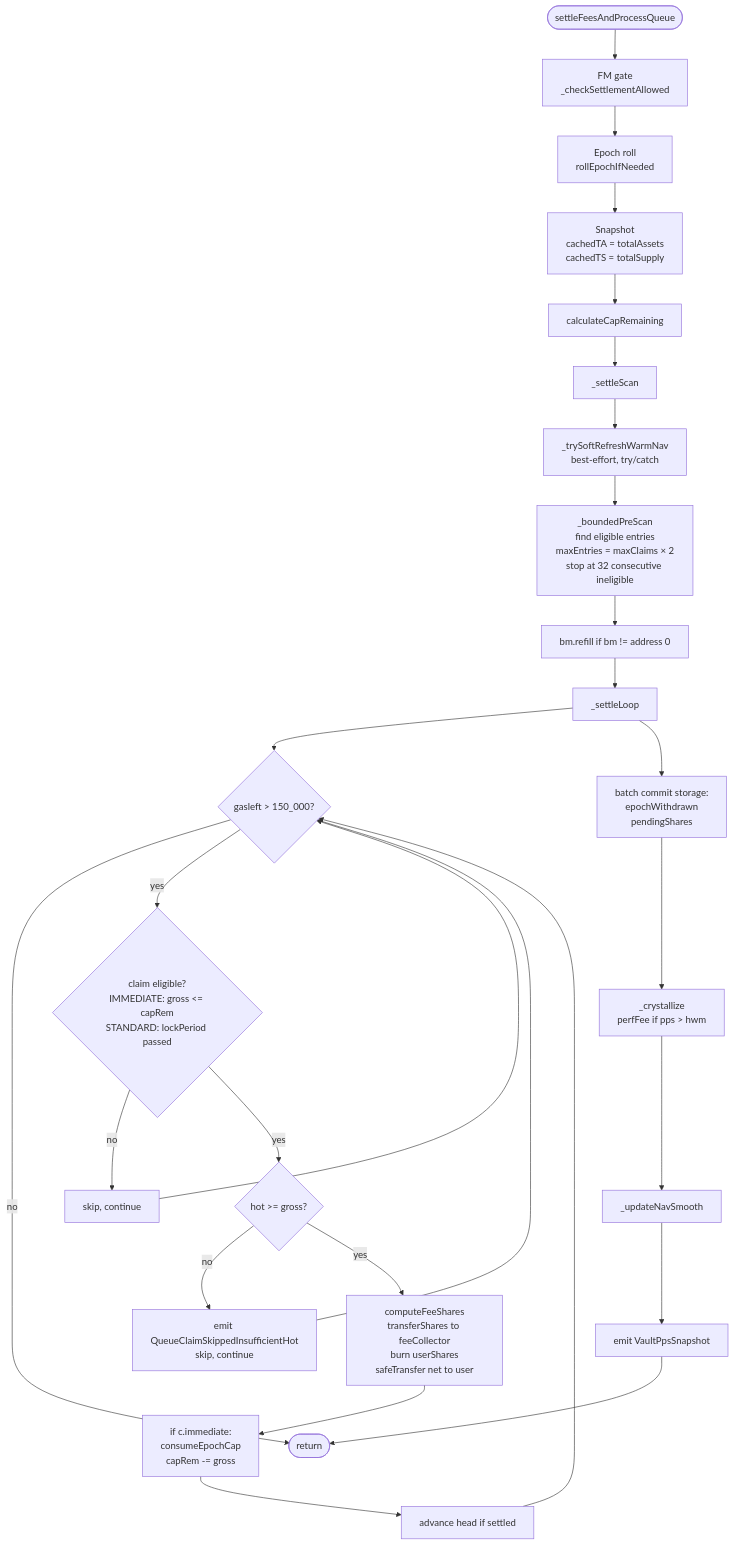
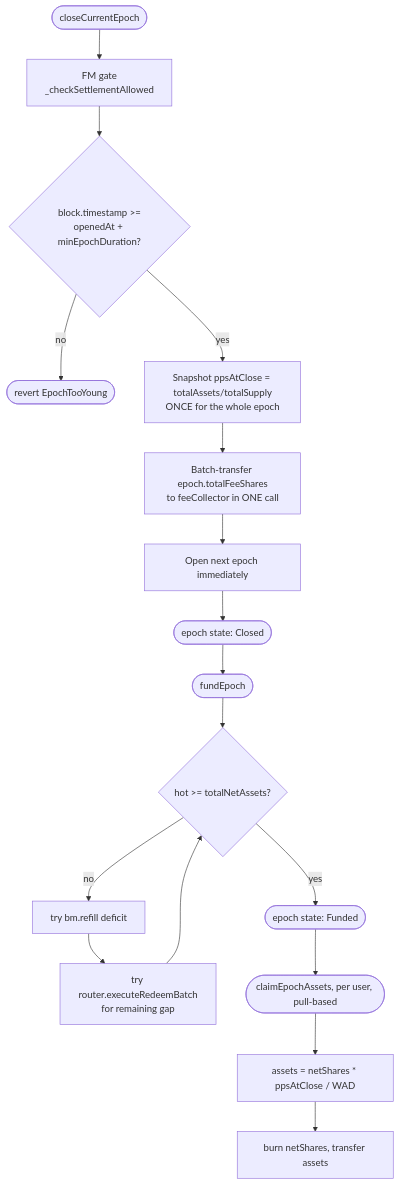
Before and after one commit to Multyr/multyr-core: the third of 3 diagrams in docs/exit-engine.md, drawn with Mermaid. The commit also changed other lines of this file and 11 other files, not shown here.

````diff
--- a/docs/exit-engine.md
+++ b/docs/exit-engine.md
@@ -406,32 +426,21 @@
 ```mermaid
 flowchart TD
-    Start([settleFeesAndProcessQueue]) --> FM[FM gate\n_checkSettlementAllowed]
-    FM --> ER[Epoch roll\nrollEpochIfNeeded]
-    ER --> SNAP[Snapshot\ncachedTA = totalAssets\ncachedTS = totalSupply]
-    SNAP --> CAP[calculateCapRemaining]
-    CAP --> SCAN[_settleScan]
+    CLOSE([closeCurrentEpoch]) --> FM[FM gate\n_checkSettlementAllowed]
+    FM --> AGE{block.timestamp >=\nopenedAt + minEpochDuration?}
+    AGE -->|no| REVERT([revert EpochTooYoung])
+    AGE -->|yes| SNAP[Snapshot ppsAtClose = totalAssets/totalSupply\nONCE for the whole epoch]
+    SNAP --> FEEBATCH[Batch-transfer epoch.totalFeeShares\nto feeCollector in ONE call]
+    FEEBATCH --> NEXTEPOCH[Open next epoch immediately]
+    NEXTEPOCH --> CLOSED([epoch state: Closed])
 
-    SCAN --> NAV[_trySoftRefreshWarmNav\nbest-effort, try/catch]
-    NAV --> PRE[_boundedPreScan\nfind eligible entries\nmaxEntries = maxClaims × 2\nstop at 32 consecutive ineligible]
-    PRE --> REFILL[bm.refill if bm != address 0]
-    REFILL --> LOOP[_settleLoop]
+    CLOSED --> FUND([fundEpoch])
+    FUND --> HOTCHK{hot >= totalNetAssets?}
+    HOTCHK -->|no| WARM[try bm.refill deficit]
+    WARM --> STRAT[try router.executeRedeemBatch\nfor remaining gap]
+    STRAT --> HOTCHK
+    HOTCHK -->|yes| FUNDED([epoch state: Funded])
 
-    LOOP --> CHECK{gasleft > 150_000?}
-    CHECK -->|no| END([return])
-    CHECK -->|yes| ELIG{claim eligible?\nIMMEDIATE: gross <= capRem\nSTANDARD: lockPeriod passed}
-    ELIG -->|no| SKIP[skip, continue]
-    SKIP --> CHECK
-    ELIG -->|yes| HOT{hot >= gross?}
-    HOT -->|no| SKIP2[emit QueueClaimSkippedInsufficientHot\nskip, continue]
-    SKIP2 --> CHECK
-    HOT -->|yes| FEE[computeFeeShares\ntransferShares to feeCollector\nburn userShares\nsafeTransfer net to user]
-    FEE --> CAPU[if c.immediate:\n  consumeEpochCap\n  capRem -= gross]
-    CAPU --> NEXT[advance head if settled]
-    NEXT --> CHECK
-
-    LOOP --> COMMIT[batch commit storage:\nepochWithdrawn\npendingShares]
-    COMMIT --> CRYSTAL[_crystallize\nperfFee if pps > hwm]
-    CRYSTAL --> NAVSMOOTH[_updateNavSmooth]
-    NAVSMOOTH --> EMIT[emit VaultPpsSnapshot]
-    EMIT --> END
+    FUNDED --> CLAIM([claimEpochAssets, per user, pull-based])
+    CLAIM --> ASSETS[assets = netShares * ppsAtClose / WAD]
+    ASSETS --> BURN[burn netShares, transfer assets]
 ```
````
